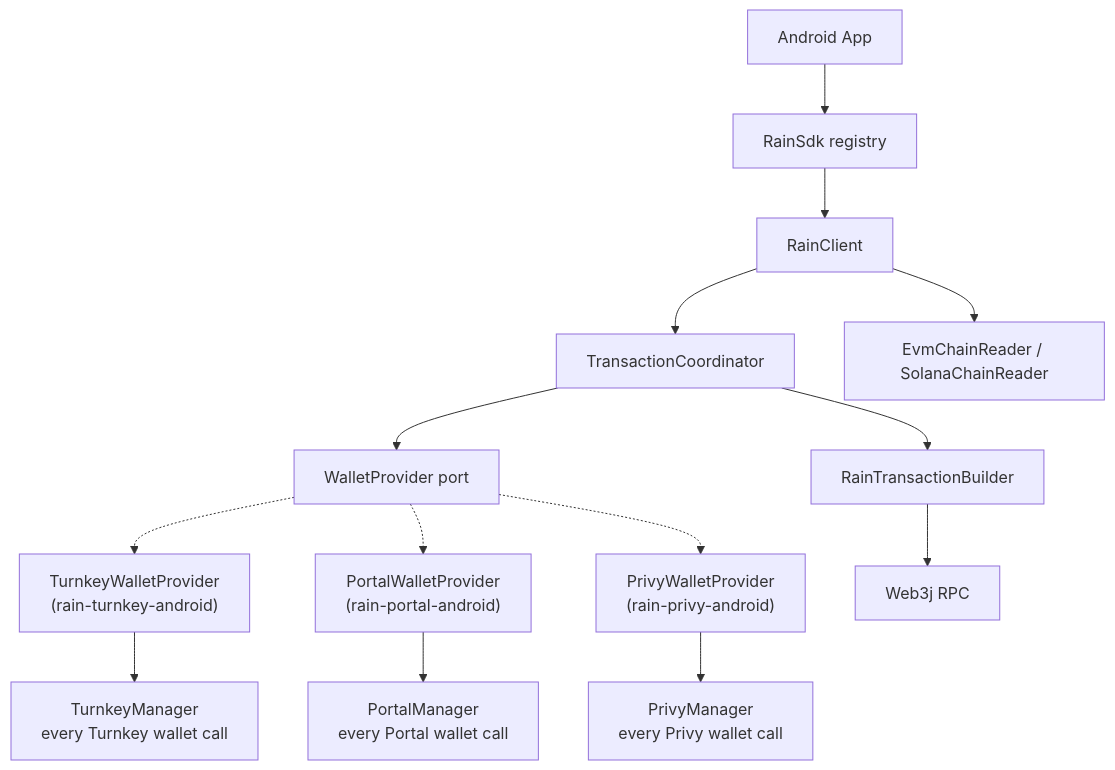
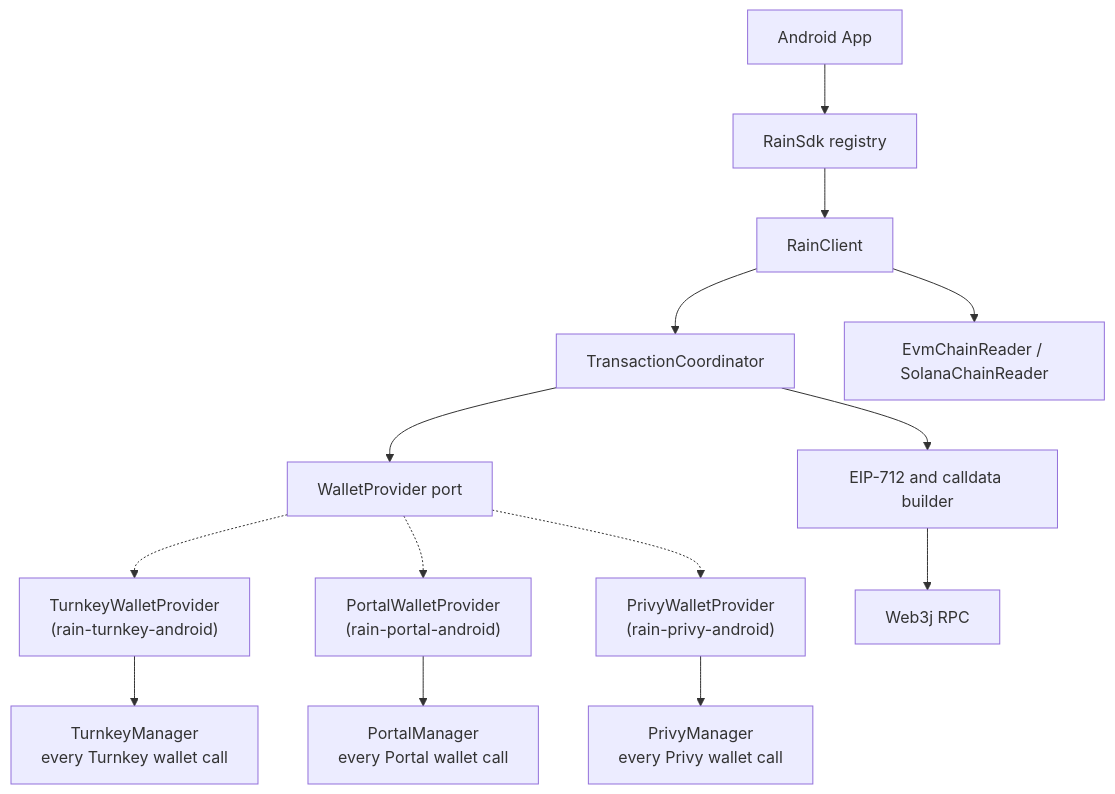
The diagram in rain-core-android/README.md (SignifyHQ/rain-sdk-android), drawn with Mermaid before and after one commit. The commit also changed 7 other files, not shown here.

````diff
--- a/rain-core-android/README.md
+++ b/rain-core-android/README.md
@@ -40,16 +40,16 @@
 ```mermaid
 graph TD
     App[Android App] --> RainSdk[RainSdk registry]
     RainSdk --> RainClient[RainClient]
     RainClient --> Coord[TransactionCoordinator]
-    Coord --> Builder[RainTransactionBuilder]
+    Coord --> Builder["EIP-712 and calldata builder"]
     Coord --> Port[WalletProvider port]
     Port -.-> Turnkey["TurnkeyWalletProvider<br/>(rain-turnkey-android)"]
     Port -.-> Portal["PortalWalletProvider<br/>(rain-portal-android)"]
     Port -.-> Privy["PrivyWalletProvider<br/>(rain-privy-android)"]
     Turnkey --> TurnkeyMgr["TurnkeyManager<br/>every Turnkey wallet call"]
     Portal --> PortalMgr["PortalManager<br/>every Portal wallet call"]
     Privy --> PrivyMgr["PrivyManager<br/>every Privy wallet call"]
     Builder --> Web3j[Web3j RPC]
     RainClient --> Readers[EvmChainReader / SolanaChainReader]
 ```
````
